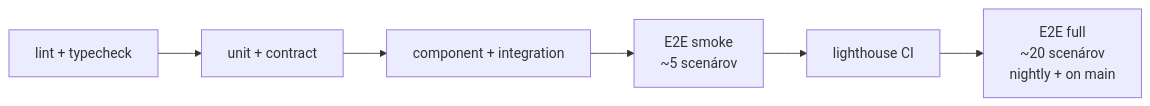
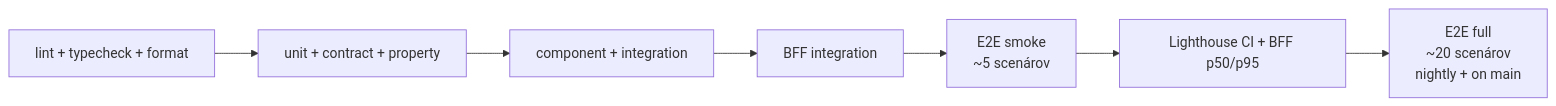
One commit to Spigotek/SDM-Rewrite changed the third of 3 diagrams in docs/agents/qa-test-strategy/test-strategy.md. Above: the diagram before and after it, drawn with Mermaid. The commit also changed other lines of this file and 7 other files, not shown here.

````diff
--- a/docs/agents/qa-test-strategy/test-strategy.md
+++ b/docs/agents/qa-test-strategy/test-strategy.md
@@ -132,8 +203,9 @@
 ```mermaid
 graph LR
-    LINT[lint + typecheck] --> UNIT[unit + contract]
+    LINT[lint + typecheck + format] --> UNIT[unit + contract + property]
     UNIT --> COMP[component + integration]
-    COMP --> E2E_S[E2E smoke<br/>~5 scenárov]
-    E2E_S --> PERF[lighthouse CI]
+    COMP --> BFFIT[BFF integration]
+    BFFIT --> E2E_S[E2E smoke<br/>~5 scenárov]
+    E2E_S --> PERF[Lighthouse CI + BFF p50/p95]
     PERF --> E2E_F[E2E full<br/>~20 scenárov<br/>nightly + on main]
 ```
````
